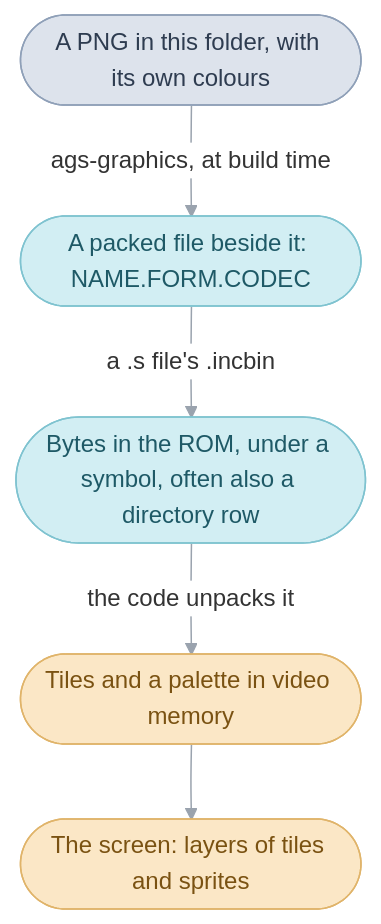
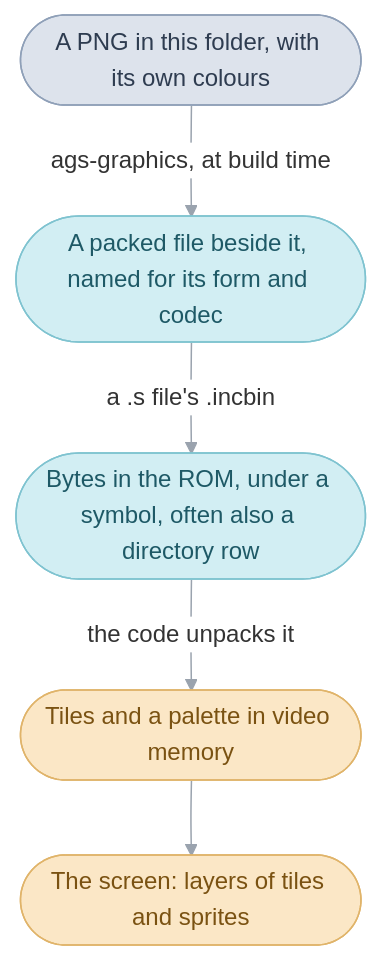
The first of 3 diagrams in games/tbs/src/graphics/README.md (PascalPixel/alchemy), drawn with Mermaid before and after one commit. The commit also changed other lines of this file, not shown here.

First line of the commit message:
docs: Graphics guide review fixes

````diff
--- a/games/tbs/src/graphics/README.md
+++ b/games/tbs/src/graphics/README.md
@@ -27,14 +28,14 @@
 ```mermaid
 %%{init: {"theme": "base", "themeVariables": {"lineColor": "#9AA3AE", "edgeLabelBackground": "#FFFFFF"}, "flowchart": {"curve": "basis", "padding": 12}}}%%
 flowchart TD
-  png(["A PNG in this folder, with its own colours"]) -- "ags-graphics, at build time" --> packed(["A packed file beside it: NAME.FORM.CODEC"])
+  png(["A PNG in this folder, with its own colours"]) -- "ags-graphics, at build time" --> packed(["A packed file beside it, named for its form and codec"])
   packed -- "a .s file's .incbin" --> rom(["Bytes in the ROM, under a symbol, often also a directory row"])
   rom -- "the code unpacks it" --> vram(["Tiles and a palette in video memory"])
   vram --> screen(["The screen: layers of tiles and sprites"])
   classDef source fill:#DDE3EC,stroke:#8FA0B8,color:#2E3C50
   classDef build fill:#D2EEF3,stroke:#7FC3D0,color:#1E5966
   classDef hardware fill:#FBE7C6,stroke:#E0B46A,color:#7A5212
   class png source
   class packed,rom build
   class vram,screen hardware
 ```
````
